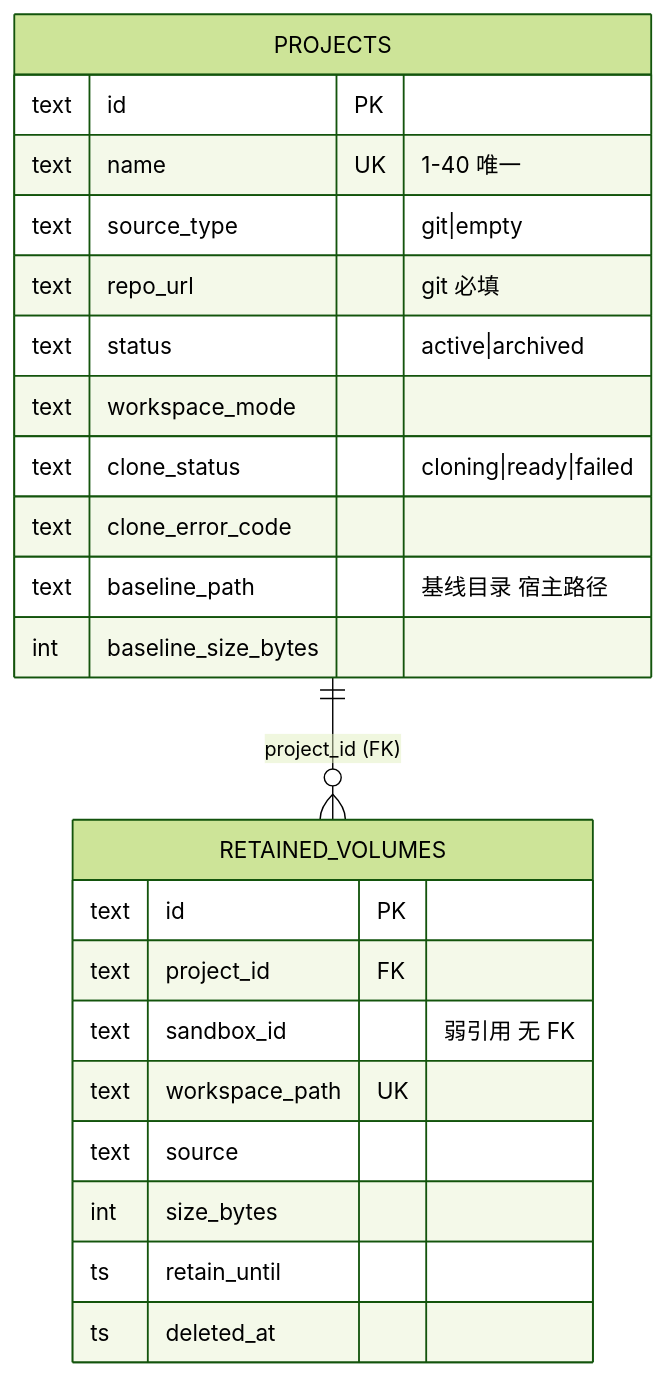
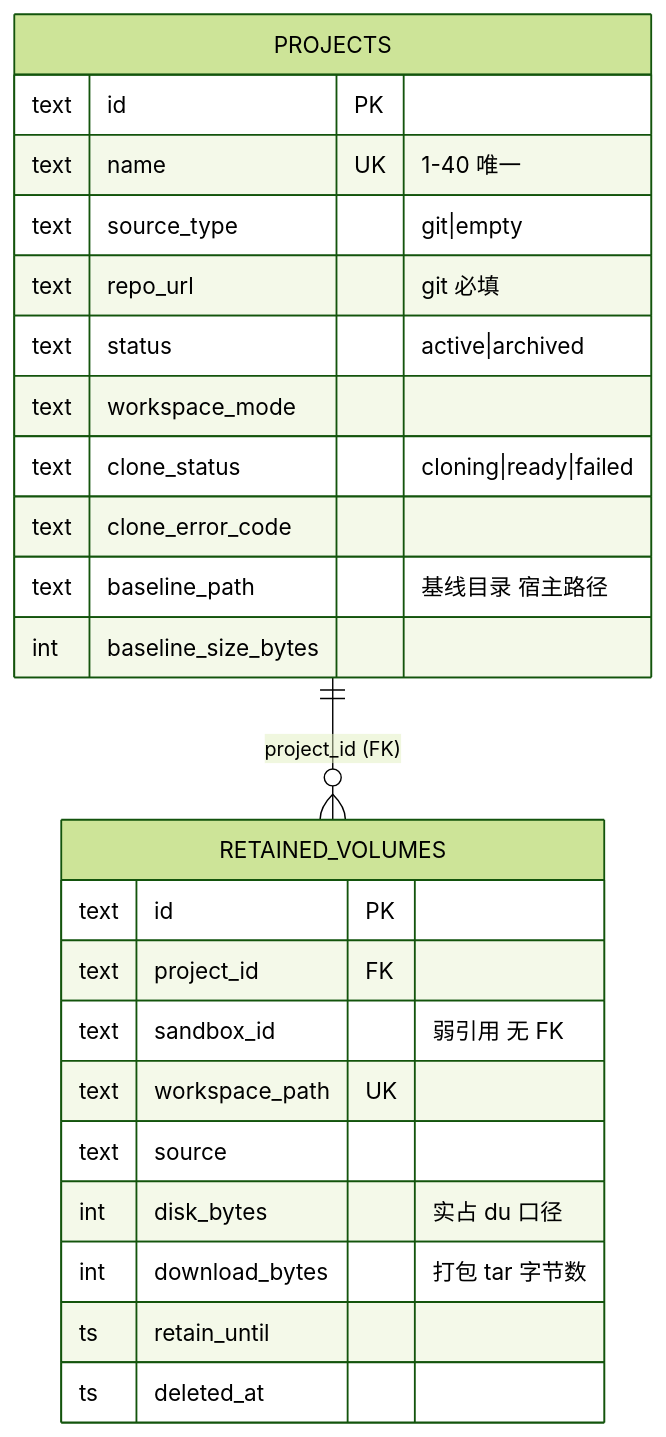
The second of 9 diagrams in docs/backend/13-后端数据库设计.md (Xeonice/cloud-agent-platform-docs), drawn with Mermaid (forest theme) before and after one commit. The commit also changed other lines of this file and 6 other files, not shown here.

````diff
--- a/docs/backend/13-后端数据库设计.md
+++ b/docs/backend/13-后端数据库设计.md
@@ -399,26 +400,27 @@
 ```mermaid
 erDiagram
     PROJECTS ||--o{ RETAINED_VOLUMES : "project_id (FK)"
     PROJECTS {
         text id PK
         text name UK "1-40 唯一"
         text source_type "git|empty"
         text repo_url "git 必填"
         text status "active|archived"
         text workspace_mode
         text clone_status "cloning|ready|failed"
         text clone_error_code
         text baseline_path "基线目录 宿主路径"
         int baseline_size_bytes
     }
     RETAINED_VOLUMES {
         text id PK
         text project_id FK
         text sandbox_id "弱引用 无 FK"
         text workspace_path UK
         text source
-        int size_bytes
+        int disk_bytes "实占 du 口径"
+        int download_bytes "打包 tar 字节数"
         ts retain_until
         ts deleted_at
     }
 ```
````
